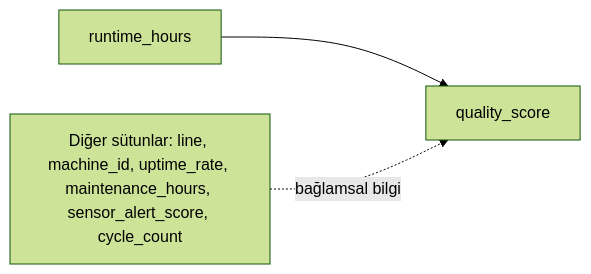
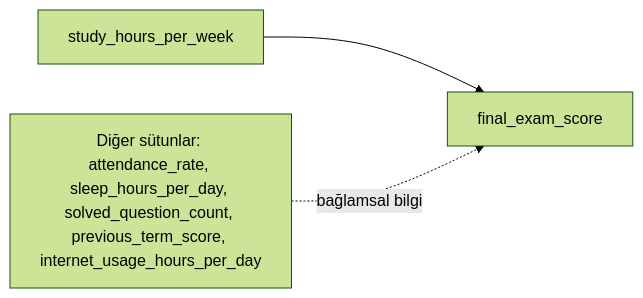
The diagram in courses/linear-statistical-models/articles/6- Basit Doğrusal Regresyon ile Tahmin.md (hamitseyrek/seyrek-academy), drawn with Mermaid (forest theme) before and after one commit. The commit also changed other lines of this file and 3 other files, not shown here.

````diff
--- a/courses/linear-statistical-models/articles/6- Basit Doğrusal Regresyon ile Tahmin.md
+++ b/courses/linear-statistical-models/articles/6- Basit Doğrusal Regresyon ile Tahmin.md
@@ -9,9 +16,9 @@
 ```mermaid
 flowchart LR
-    X["runtime_hours"]
-    Y["quality_score"]
-    D["Diğer sütunlar: line, machine_id, uptime_rate, maintenance_hours, sensor_alert_score, cycle_count"]
+    X["study_hours_per_week"]
+    Y["final_exam_score"]
+    D["Diğer sütunlar: attendance_rate, sleep_hours_per_day, solved_question_count, previous_term_score, internet_usage_hours_per_day"]
 
     X --> Y
     D -. bağlamsal bilgi .-> Y
 ```
````
